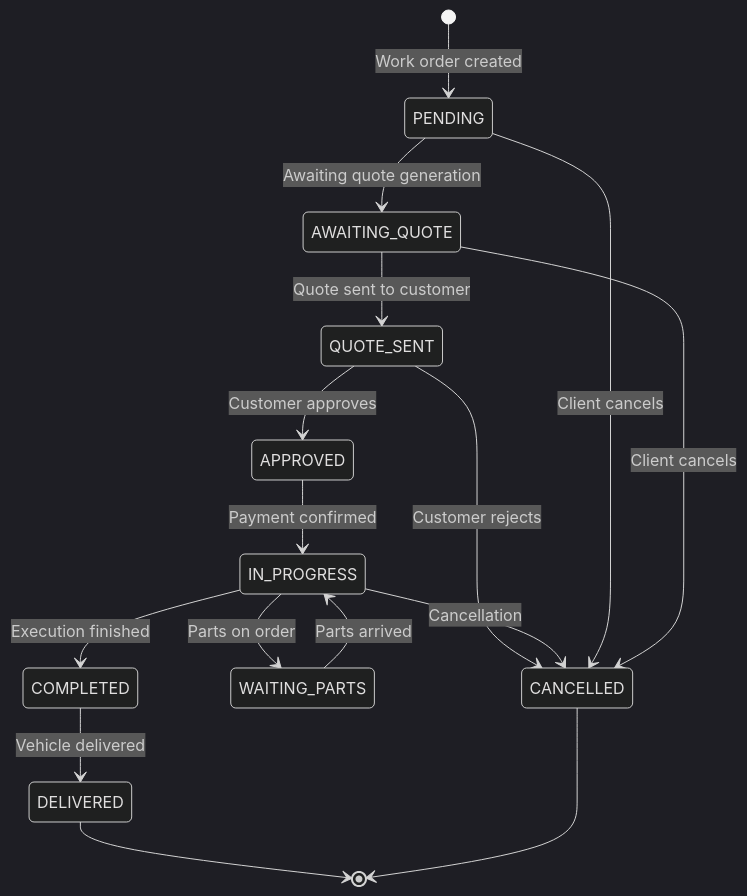
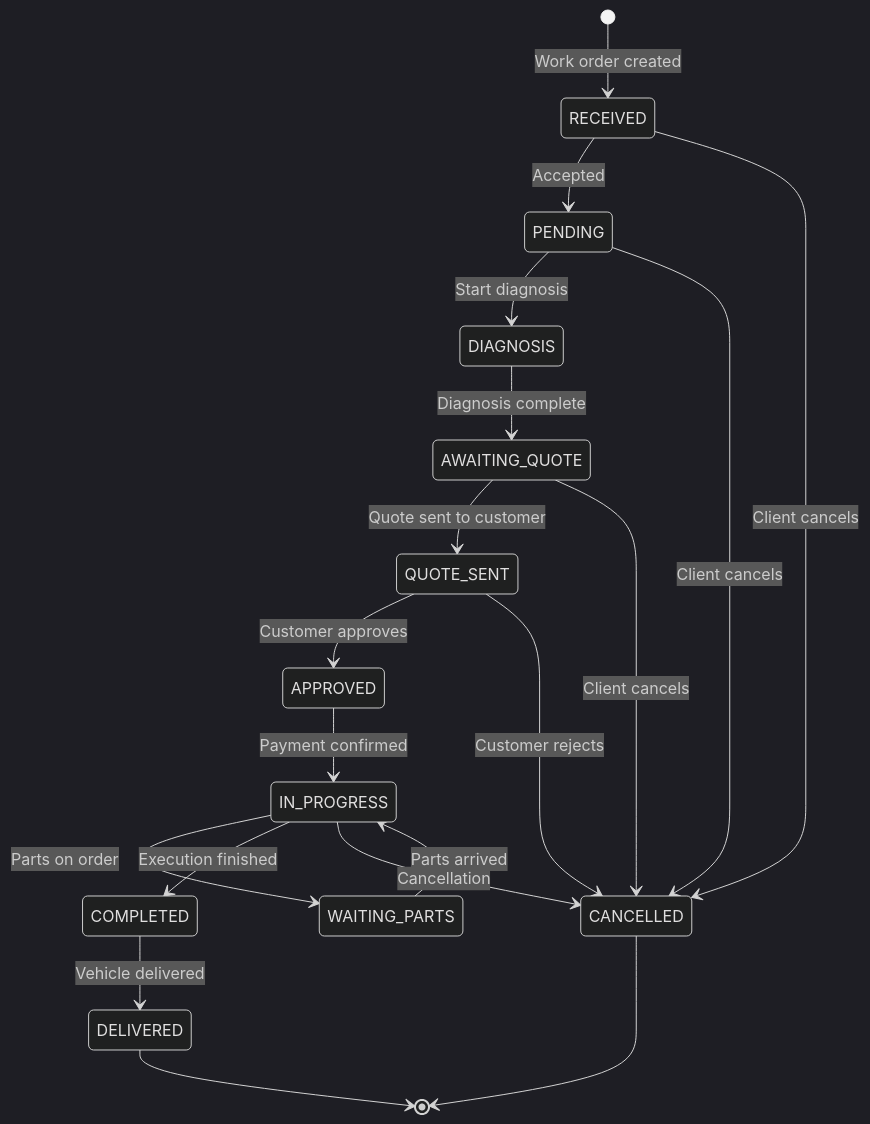
One commit to 12SOAT-Workshop-FIAP/garage-os-service changed the fifth of 15 diagrams in docs/DIAGRAMS.md. Above: the diagram before and after it, drawn with Mermaid (dark theme). The commit also changed other lines of this file, not shown here.

Commit message:
fix(diagrams): add missing RECEIVED and DIAGNOSIS states to work order state machine

````diff
--- a/docs/DIAGRAMS.md
+++ b/docs/DIAGRAMS.md
@@ -156,25 +156,28 @@
 ```mermaid
 stateDiagram-v2
-    [*] --> PENDING: Work order created
+    [*] --> RECEIVED: Work order created
+    RECEIVED --> PENDING: Accepted
 
-    PENDING --> AWAITING_QUOTE: Awaiting quote generation
+    PENDING --> DIAGNOSIS: Start diagnosis
+    DIAGNOSIS --> AWAITING_QUOTE: Diagnosis complete
     AWAITING_QUOTE --> QUOTE_SENT: Quote sent to customer
 
     QUOTE_SENT --> APPROVED: Customer approves
     QUOTE_SENT --> CANCELLED: Customer rejects
 
     APPROVED --> IN_PROGRESS: Payment confirmed
 
     IN_PROGRESS --> WAITING_PARTS: Parts on order
     WAITING_PARTS --> IN_PROGRESS: Parts arrived
     IN_PROGRESS --> COMPLETED: Execution finished
     IN_PROGRESS --> CANCELLED: Cancellation
 
     COMPLETED --> DELIVERED: Vehicle delivered
 
+    RECEIVED --> CANCELLED: Client cancels
     PENDING --> CANCELLED: Client cancels
     AWAITING_QUOTE --> CANCELLED: Client cancels
 
     DELIVERED --> [*]
     CANCELLED --> [*]
 ```
````
